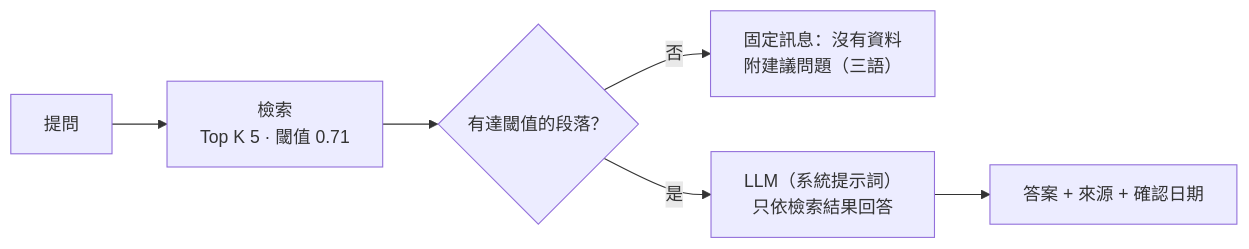
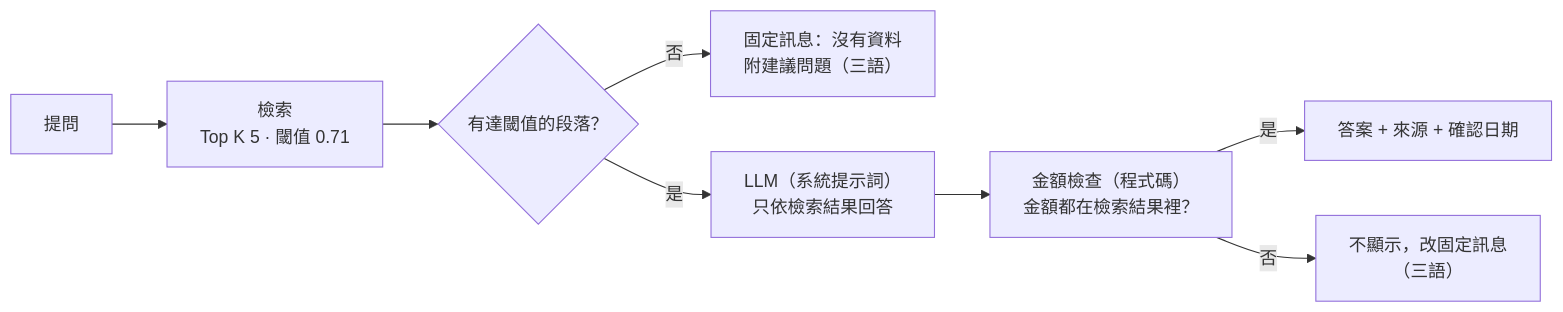
Before and after one commit to atsushigo/japan-ferry-kb: the second of 2 diagrams in README.md, drawn with Mermaid. The commit also changed other lines of this file and 22 other files, not shown here.

````diff
--- a/README.md
+++ b/README.md
@@ -42,8 +42,10 @@
 ```mermaid
 flowchart LR
   Q["提問"] --> R["檢索<br/>Top K 5 · 閾值 0.71"]
   R --> E{"有達閾值的段落？"}
   E -- 否 --> N["固定訊息：沒有資料<br/>附建議問題（三語）"]
   E -- 是 --> L["LLM（系統提示詞）<br/>只依檢索結果回答"]
-  L --> F["答案 + 來源 + 確認日期"]
+  L --> G["金額檢查（程式碼）<br/>金額都在檢索結果裡？"]
+  G -- 是 --> F["答案 + 來源 + 確認日期"]
+  G -- 否 --> X["不顯示，改固定訊息<br/>（三語）"]
 ```
````
